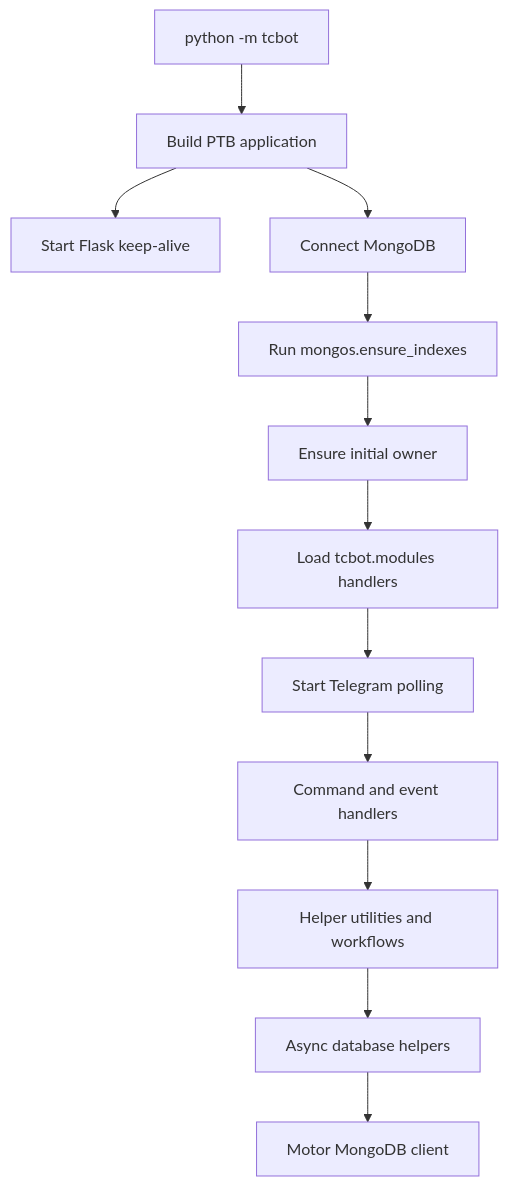
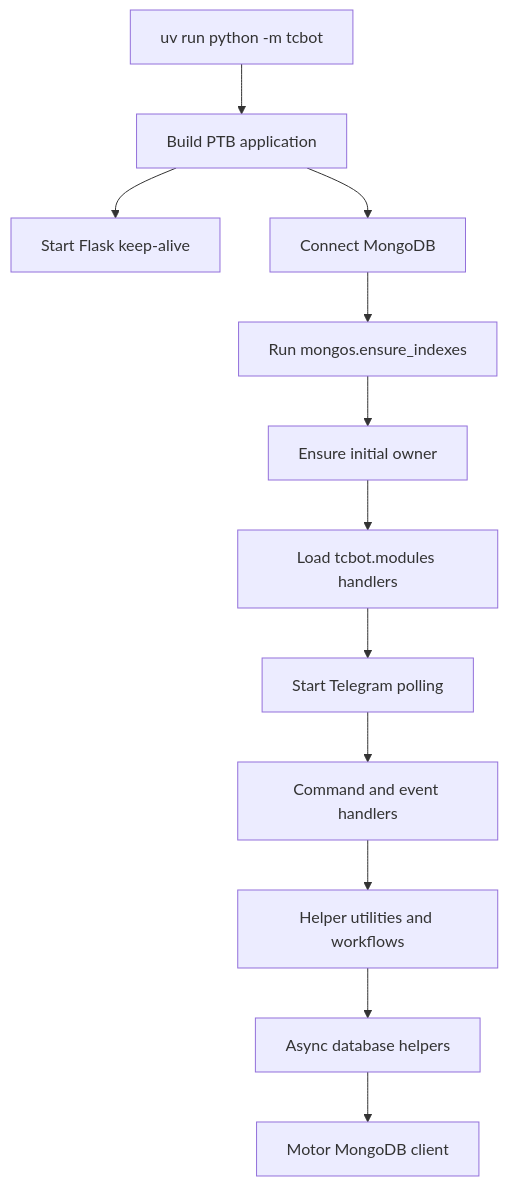
The first of 5 diagrams in .trae/skills/mermaid-diagrams/SKILL.md (D1ZZY4/tcbot), drawn with Mermaid before and after one commit. The commit also changed 65 other files, not shown here.

````diff
--- a/.trae/skills/mermaid-diagrams/SKILL.md
+++ b/.trae/skills/mermaid-diagrams/SKILL.md
@@ -61,14 +61,14 @@
 ```mermaid
 flowchart TD
-    Entry[python -m tcbot] --> App[Build PTB application]
+    Entry[uv run python -m tcbot] --> App[Build PTB application]
     App --> KeepAlive[Start Flask keep-alive]
     App --> Mongo[Connect MongoDB]
     Mongo --> Indexes[Run mongos.ensure_indexes]
     Indexes --> Owner[Ensure initial owner]
     Owner --> Modules[Load tcbot.modules handlers]
     Modules --> Polling[Start Telegram polling]
     Polling --> Handlers[Command and event handlers]
     Handlers --> Helpers[Helper utilities and workflows]
     Helpers --> Database[Async database helpers]
     Database --> Motor[Motor MongoDB client]
 ```
````
